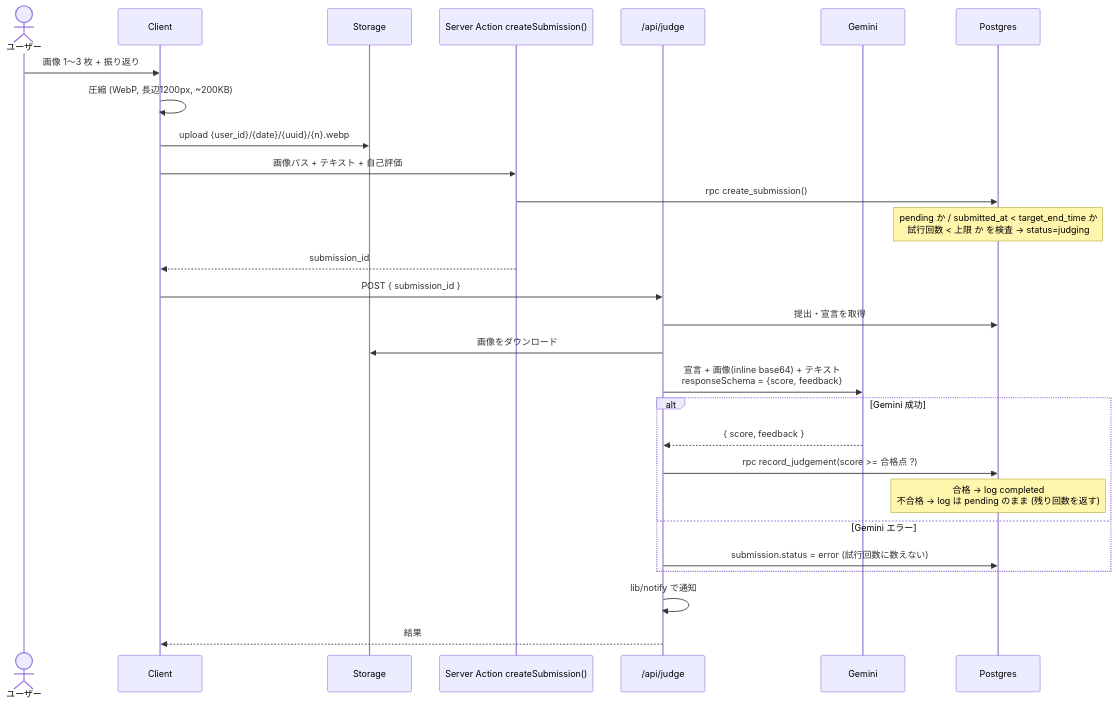
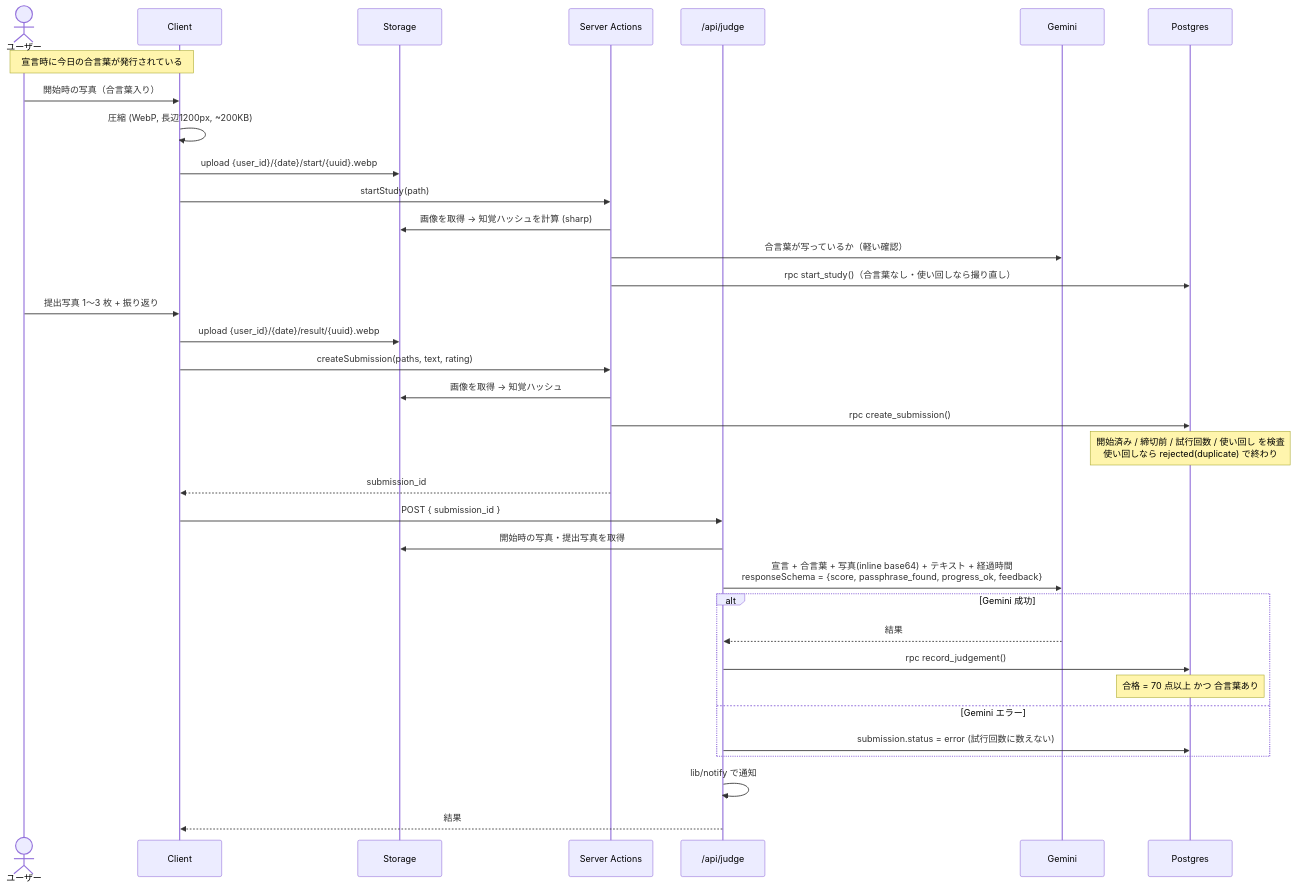
One commit to ashilal1/force-study-app changed the third of 5 diagrams in docs/architecture.md. Above: the diagram before and after it, drawn with Mermaid. The commit also changed other lines of this file and 6 other files, not shown here.

Commit message:
docs: evidence via daily passphrase, start photo, duplicate detection and peer disputes

````diff
--- a/docs/architecture.md
+++ b/docs/architecture.md
@@ -75,30 +75,37 @@
 ```mermaid
 sequenceDiagram
     actor U as ユーザー
     participant C as Client
     participant ST as Storage
-    participant SA as Server Action createSubmission()
+    participant SA as Server Actions
     participant J as /api/judge
     participant G as Gemini
     participant DB as Postgres
-    U->>C: 画像 1〜3 枚 + 振り返り
+    Note over U,C: 宣言時に今日の合言葉が発行されている
+    U->>C: 開始時の写真（合言葉入り）
     C->>C: 圧縮 (WebP, 長辺1200px, ~200KB)
-    C->>ST: upload {user_id}/{date}/{uuid}/{n}.webp
-    C->>SA: 画像パス + テキスト + 自己評価
+    C->>ST: upload {user_id}/{date}/start/{uuid}.webp
+    C->>SA: startStudy(path)
+    SA->>ST: 画像を取得 → 知覚ハッシュを計算 (sharp)
+    SA->>G: 合言葉が写っているか（軽い確認）
+    SA->>DB: rpc start_study()（合言葉なし・使い回しなら撮り直し）
+    U->>C: 提出写真 1〜3 枚 + 振り返り
+    C->>ST: upload {user_id}/{date}/result/{uuid}.webp
+    C->>SA: createSubmission(paths, text, rating)
+    SA->>ST: 画像を取得 → 知覚ハッシュ
     SA->>DB: rpc create_submission()
-    Note over DB: pending か / submitted_at < target_end_time か<br/>試行回数 < 上限 か を検査 → status=judging
+    Note over DB: 開始済み / 締切前 / 試行回数 / 使い回し を検査<br/>使い回しなら rejected(duplicate) で終わり
     SA-->>C: submission_id
     C->>J: POST { submission_id }
-    J->>DB: 提出・宣言を取得
-    J->>ST: 画像をダウンロード
-    J->>G: 宣言 + 画像(inline base64) + テキスト<br/>responseSchema = {score, feedback}
+    J->>ST: 開始時の写真・提出写真を取得
+    J->>G: 宣言 + 合言葉 + 写真(inline base64) + テキスト + 経過時間<br/>responseSchema = {score, passphrase_found, progress_ok, feedback}
     alt Gemini 成功
-        G-->>J: { score, feedback }
-        J->>DB: rpc record_judgement(score >= 合格点 ?)
-        Note over DB: 合格 → log completed<br/>不合格 → log は pending のまま (残り回数を返す)
+        G-->>J: 結果
+        J->>DB: rpc record_judgement()
+        Note over DB: 合格 = 70 点以上 かつ 合言葉あり
     else Gemini エラー
         J->>DB: submission.status = error (試行回数に数えない)
     end
     J->>J: lib/notify で通知
     J-->>C: 結果
 ```
````
